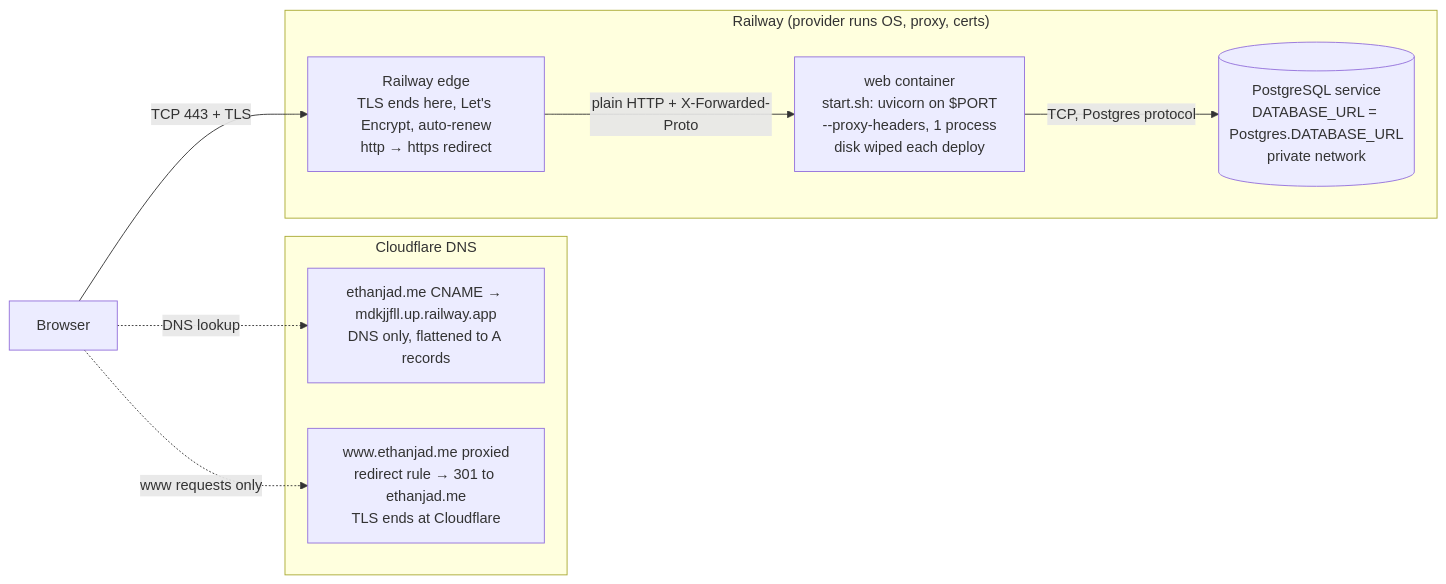
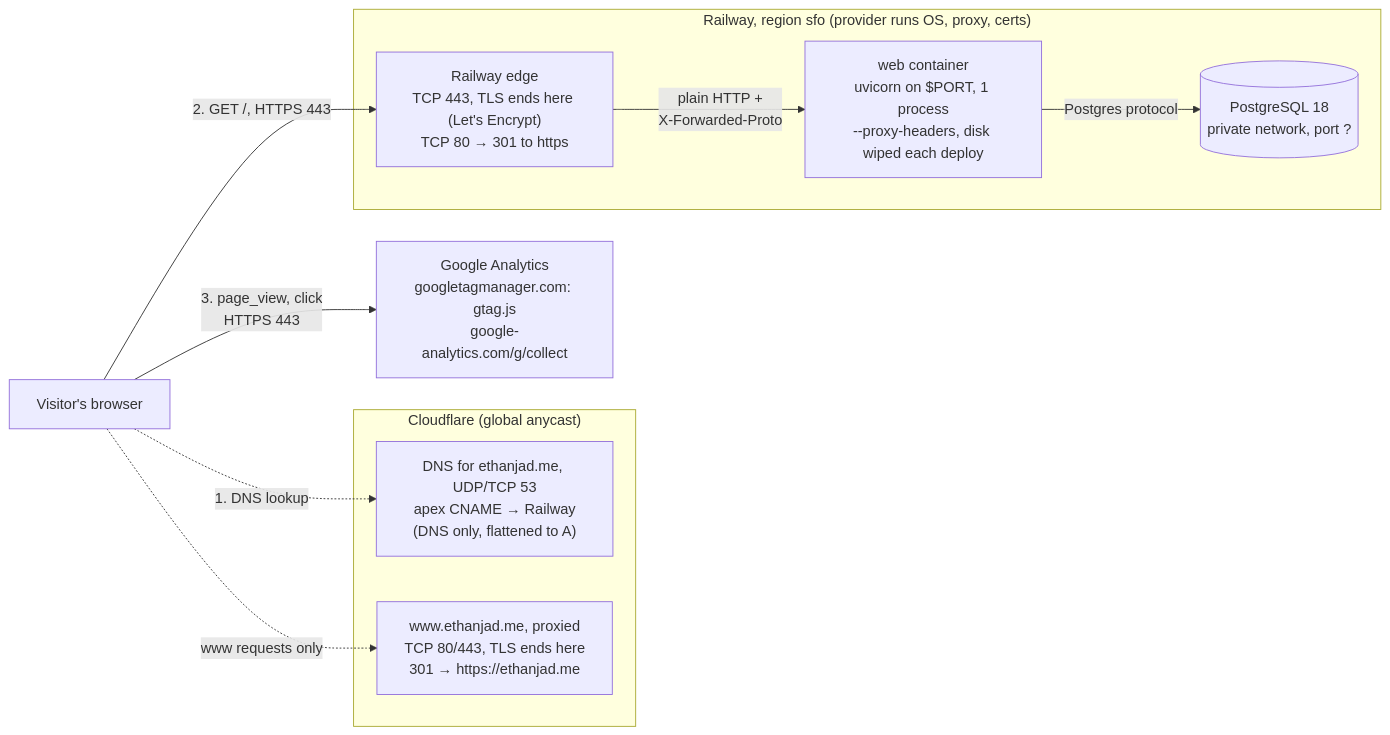
Before and after one commit to ethanjad/career-platform: the third of 4 diagrams in docs/request-path.md, drawn with Mermaid. The commit also changed other lines of this file and 8 other files, not shown here.

First line of the commit message:
docs: README engineering record — architecture, decisions, failures, costs

````diff
--- a/docs/request-path.md
+++ b/docs/request-path.md
@@ -80,17 +91,23 @@
 ```mermaid
 flowchart LR
-  B["Browser"]
-  subgraph CFD["Cloudflare DNS"]
-    APEX["ethanjad.me CNAME → mdkjjfll.up.railway.app<br/>DNS only, flattened to A records"]
-    WWW["www.ethanjad.me proxied<br/>redirect rule → 301 to ethanjad.me<br/>TLS ends at Cloudflare"]
+  B["Visitor's browser"]
+
+  subgraph CFD["Cloudflare (global anycast)"]
+    DNS["DNS for ethanjad.me, UDP/TCP 53<br/>apex CNAME → Railway<br/>(DNS only, flattened to A)"]
+    WWW["www.ethanjad.me, proxied<br/>TCP 80/443, TLS ends here<br/>301 → https://ethanjad.me"]
   end
-  subgraph RW["Railway (provider runs OS, proxy, certs)"]
-    EDGE["Railway edge<br/>TLS ends here, Let's Encrypt, auto-renew<br/>http → https redirect"]
-    CT["web container<br/>start.sh: uvicorn on $PORT<br/>--proxy-headers, 1 process<br/>disk wiped each deploy"]
-    PG[("PostgreSQL service<br/>DATABASE_URL = Postgres.DATABASE_URL<br/>private network")]
-    EDGE -->|"plain HTTP + X-Forwarded-Proto"| CT -->|"TCP, Postgres protocol"| PG
+
+  subgraph RW["Railway, region sfo (provider runs OS, proxy, certs)"]
+    EDGE["Railway edge<br/>TCP 443, TLS ends here (Let's Encrypt)<br/>TCP 80 → 301 to https"]
+    CT["web container<br/>uvicorn on $PORT, 1 process<br/>--proxy-headers, disk wiped each deploy"]
+    PG[("PostgreSQL 18<br/>private network, port ?")]
+    EDGE -->|"plain HTTP +<br/>X-Forwarded-Proto"| CT -->|"Postgres protocol"| PG
   end
-  B -. "DNS lookup" .-> APEX
-  B -->|"TCP 443 + TLS"| EDGE
+
+  GA["Google Analytics<br/>googletagmanager.com: gtag.js<br/>google-analytics.com/g/collect"]
+
+  B -. "1. DNS lookup" .-> DNS
   B -. "www requests only" .-> WWW
+  B -->|"2. GET /, HTTPS 443"| EDGE
+  B -->|"3. page_view, click<br/>HTTPS 443"| GA
 ```
````
